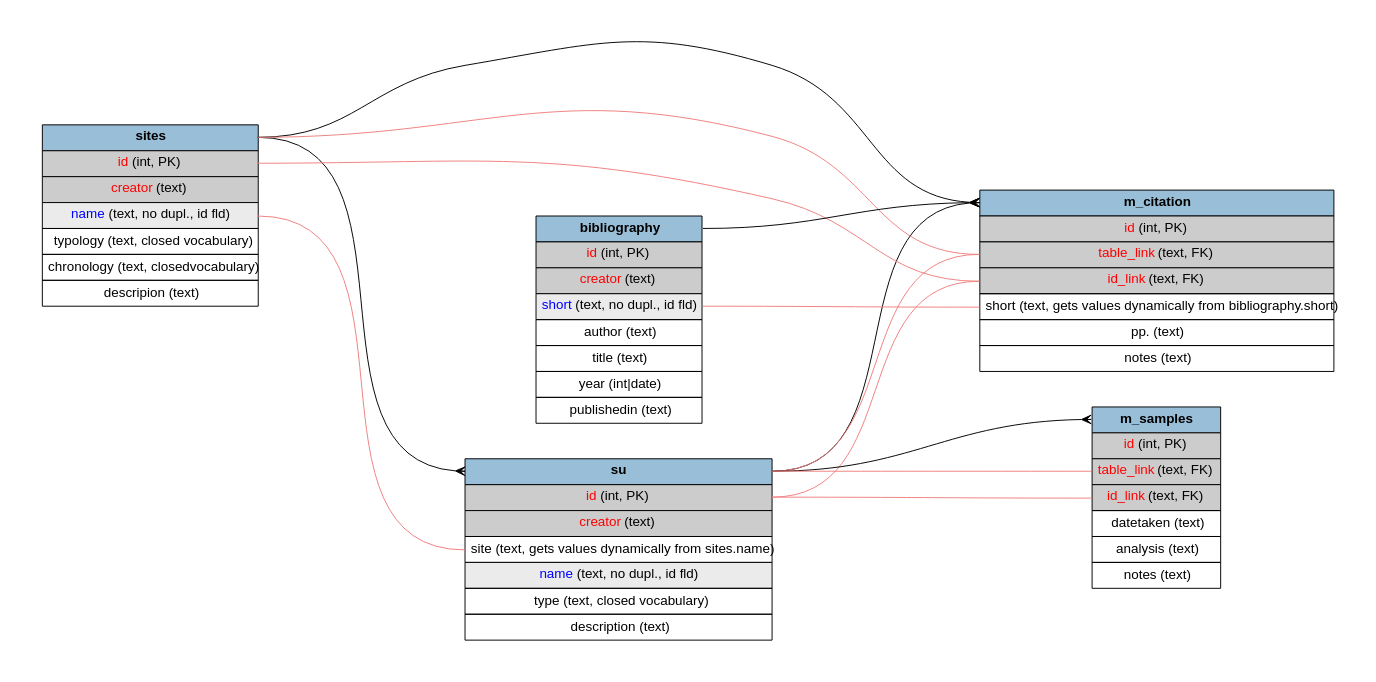
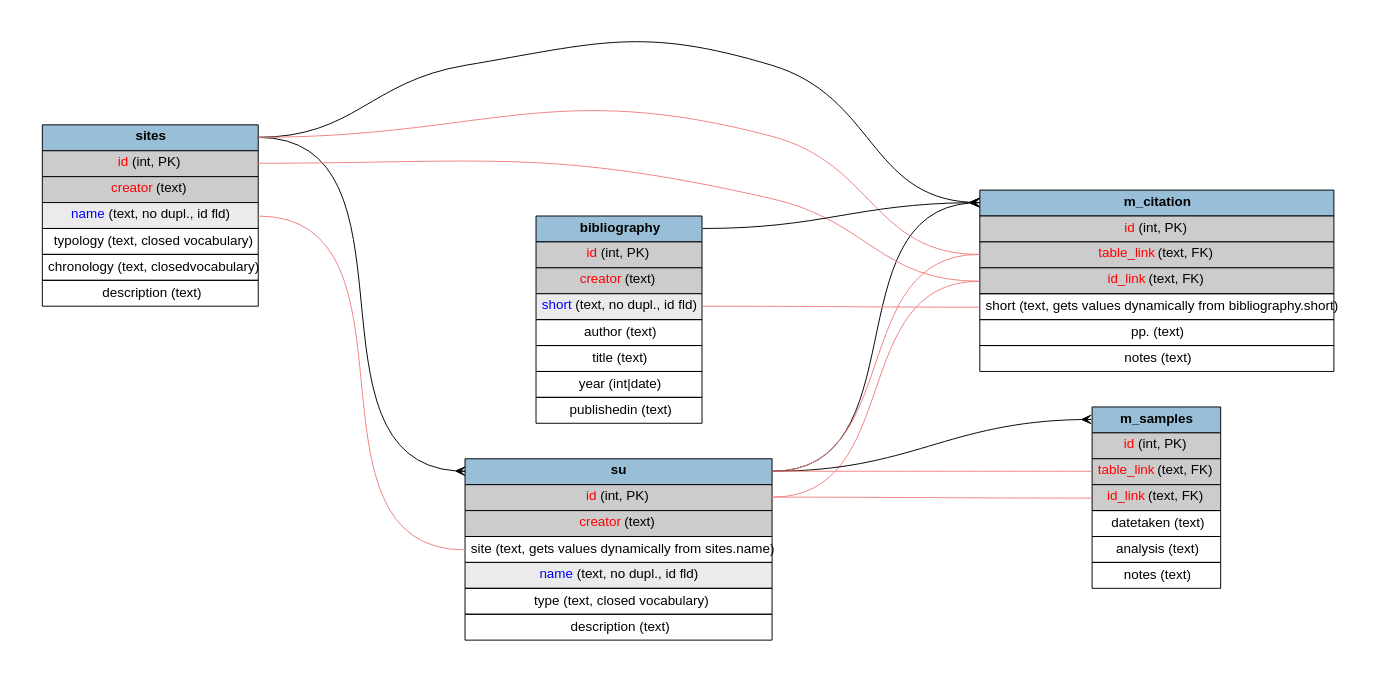
Before and after one commit to lad-sapienza/BraDypUS: the diagram in bdus-docs/design/test-schema.dot, drawn with Graphviz. The commit also changed 10 other files, not shown here.

```diff
--- a/bdus-docs/design/test-schema.dot
+++ b/bdus-docs/design/test-schema.dot
@@ -1,86 +1,86 @@
 digraph {
     graph [pad="0.5", nodesep=".5", ranksep="3" fontname = "arial"];
     node [shape=plain fontname = "arial" fontsize=14]
     edge [arrowhead=crow fontname = "arial"]
     rankdir=LR;
     splines=polylines;
 
 
 su [label=<
 <table border="0" cellborder="1" cellspacing="0" cellpadding="5">
   <tr><td port="1" bgcolor="#99BED8"><b>su</b></td></tr>
   <tr><td port="2" bgcolor="#cccccc"><font color="red">id</font>  (int, PK)</td></tr>
   <tr><td port="3" bgcolor="#cccccc"><font color="red">creator</font>  (text)</td></tr>
   <tr><td port="4">site (text, gets values dynamically from sites.name)</td></tr>
   <tr><td bgcolor="#ebebeb"><font color="blue">name</font>  (text, no dupl., id fld)</td></tr>
   <tr><td>type (text, closed vocabulary)</td></tr>
   <tr><td>description (text)</td></tr>
 </table>>];
 
 
 sites [label=<
 <table border="0" cellborder="1" cellspacing="0" cellpadding="5">
   <tr><td port="1" bgcolor="#99BED8"><b>sites</b></td></tr>
   <tr><td port="2" bgcolor="#cccccc"><font color="red">id</font>  (int, PK)</td></tr>
   <tr><td port="3" bgcolor="#cccccc"><font color="red">creator</font>  (text)</td></tr>
   <tr><td port="4" bgcolor="#ebebeb"><font color="blue">name</font>  (text, no dupl., id fld)</td></tr>
   <tr><td>typology (text, closed vocabulary)</td></tr>
   <tr><td>chronology (text, closedvocabulary)</td></tr>
-  <tr><td>descripion (text)</td></tr>
+  <tr><td>description (text)</td></tr>
 </table>>];
 
 bibliography [label=<
 <table border="0" cellborder="1" cellspacing="0" cellpadding="5">
   <tr><td port="1" bgcolor="#99BED8"><b>bibliography</b></td></tr>
   <tr><td port="2" bgcolor="#cccccc"><font color="red">id</font>  (int, PK)</td></tr>
   <tr><td port="3" bgcolor="#cccccc"><font color="red">creator</font>  (text)</td></tr>
   <tr><td port="4" bgcolor="#ebebeb"><font color="blue">short</font>  (text, no dupl., id fld)</td></tr>
   <tr><td>author (text)</td></tr>
   <tr><td>title (text)</td></tr>
   <tr><td>year (int|date)</td></tr>
   <tr><td>publishedin (text)</td></tr>
 </table>>];
 
 m_citation [label=<
 <table border="0" cellborder="1" cellspacing="0" cellpadding="5">
   <tr><td port="1" bgcolor="#99BED8"><b>m_citation</b></td></tr>
   <tr><td port="2" bgcolor="#cccccc"><font color="red">id</font>  (int, PK)</td></tr>
   <tr><td port="3" bgcolor="#cccccc"><font color="red">table_link</font>  (text, FK)</td></tr>
   <tr><td port="4" bgcolor="#cccccc"><font color="red">id_link</font>  (text, FK)</td></tr>
   <tr><td port="5">short (text, gets values dynamically from bibliography.short)</td></tr>
   <tr><td>pp. (text)</td></tr>
   <tr><td>notes (text)</td></tr>
 </table>>];
 
 m_samples [label=<
 <table border="0" cellborder="1" cellspacing="0" cellpadding="5">
   <tr><td port="1" bgcolor="#99BED8"><b>m_samples</b></td></tr>
   <tr><td port="2" bgcolor="#cccccc"><font color="red">id</font>  (int, PK)</td></tr>
   <tr><td port="3" bgcolor="#cccccc"><font color="red">table_link</font>  (text, FK)</td></tr>
   <tr><td port="4" bgcolor="#cccccc"><font color="red">id_link</font>  (text, FK)</td></tr>
   <tr><td>datetaken (text)</td></tr>
   <tr><td>analysis (text)</td></tr>
   <tr><td>notes (text)</td></tr>
 </table>>];
 
 
 sites:1 -> su:1;
 sites:4 -> su:4 [ color=lightcoral arrowhead="none" ];
 
 
 su:1 -> m_samples:1;
 su:1 -> m_samples:3 [ color=lightcoral arrowhead="none" ];
 su:2 -> m_samples:4 [ color=lightcoral arrowhead="none" ];
 
 sites:1 -> m_citation:1;
 sites:1 -> m_citation:3 [ color=lightcoral arrowhead="none" ];
 sites:2 -> m_citation:4 [ color=lightcoral arrowhead="none" ];
 
 su:1 -> m_citation:1;
 su:1 -> m_citation:3 [ color=lightcoral arrowhead="none" ];
 su:2 -> m_citation:4 [ color=lightcoral arrowhead="none" ];
 
 bibliography:1 -> m_citation:1;
 
 bibliography :4-> m_citation:5 [ color=lightcoral arrowhead="none" ];
 }
```
